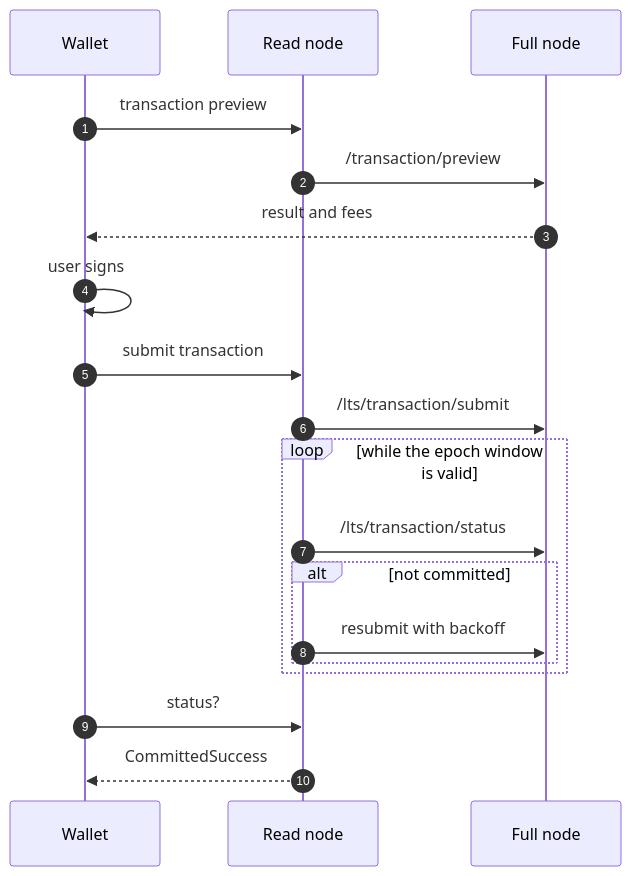
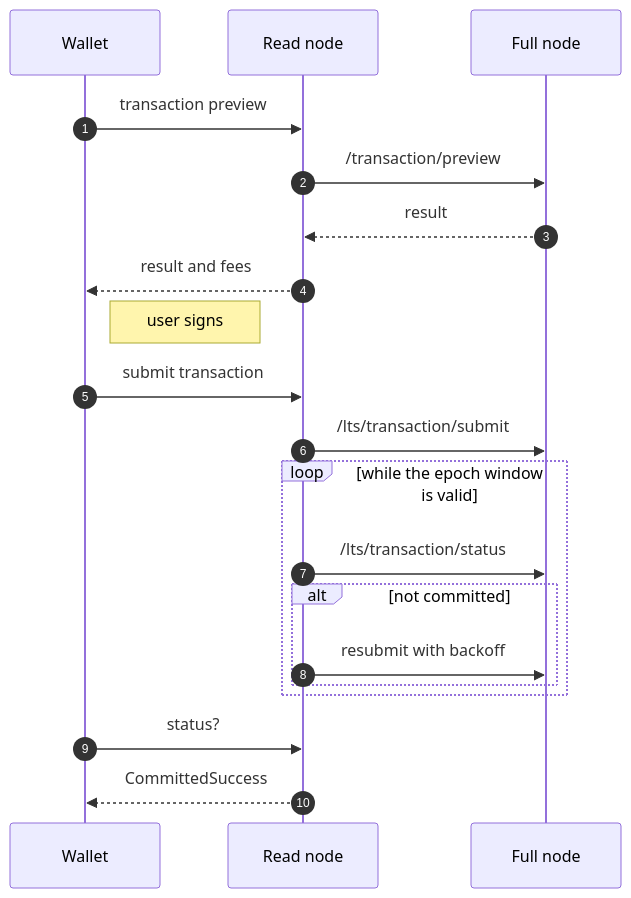
The fourth of 7 diagrams in docs/en/06-recommended-solution.md (dazligth/radix-decentralization-roadmap), drawn with Mermaid before and after one commit. The commit also changed other lines of this file and 9 other files, not shown here.

First line of the commit message:
Redesign diagrams for readability on GitHub

````diff
--- a/docs/en/06-recommended-solution.md
+++ b/docs/en/06-recommended-solution.md
@@ -97,21 +80,22 @@
 ```mermaid
 sequenceDiagram
     autonumber
     participant W as Wallet
     participant L as Read node
     participant N as Full node
     W->>L: transaction preview
     L->>N: /transaction/preview
-    N-->>W: result and fees
-    W->>W: user signs
+    N-->>L: result
+    L-->>W: result and fees
+    Note right of W: user signs
     W->>L: submit transaction
     L->>N: /lts/transaction/submit
     loop while the epoch window is valid
         L->>N: /lts/transaction/status
         alt not committed
             L->>N: resubmit with backoff
         end
     end
     W->>L: status?
     L-->>W: CommittedSuccess
 ```
````
